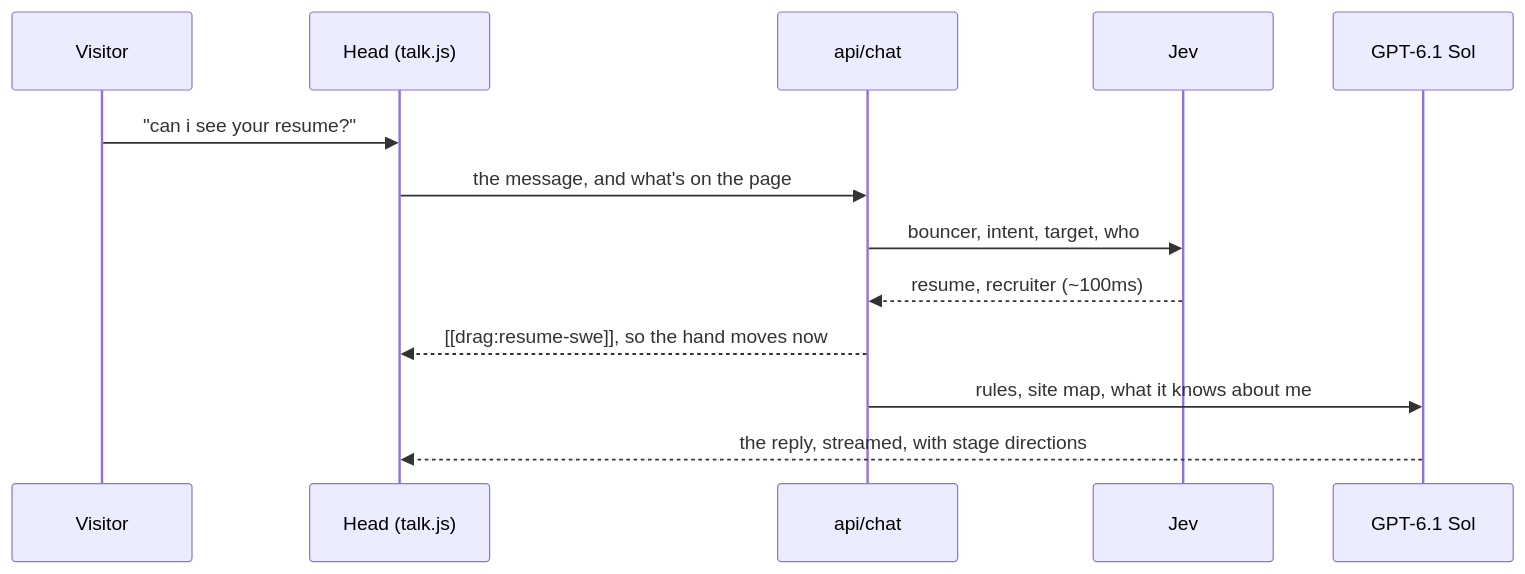
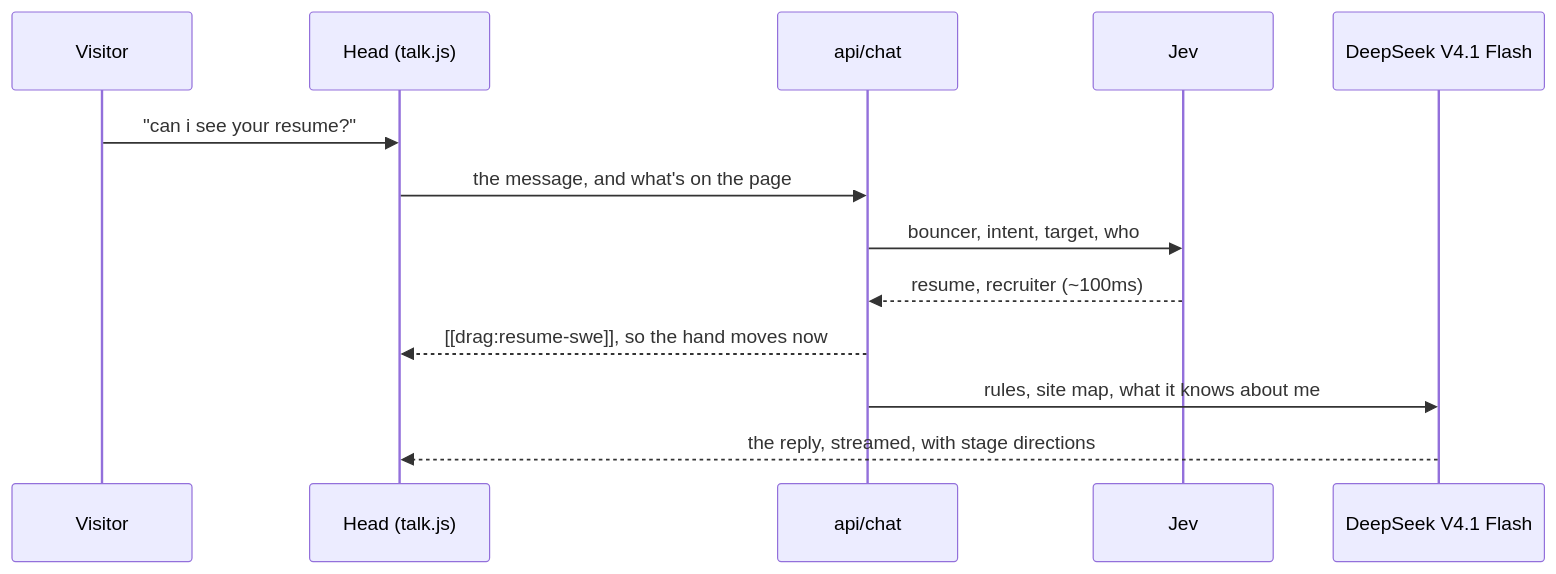
The diagram in README.md (dahan8473/dahan8473.github.io), drawn with Mermaid before and after one commit. The commit also changed other lines of this file and 3 other files, not shown here.

Commit message:
brain: DeepSeek V4.1 Flash (reasoning off) with a Sol fallback, no-training hosts only; persona says it's wired into the second brain; tighter recall; README and demo updated

````diff
--- a/README.md
+++ b/README.md
@@ -51,15 +55,15 @@
 ```mermaid
 sequenceDiagram
   participant V as Visitor
   participant H as Head (talk.js)
   participant C as api/chat
   participant J as Jev
-  participant G as GPT-6.1 Sol
+  participant G as DeepSeek V4.1 Flash
   V->>H: "can i see your resume?"
   H->>C: the message, and what's on the page
   C->>J: bouncer, intent, target, who
   J-->>C: resume, recruiter (~100ms)
   C-->>H: [[drag:resume-swe]], so the hand moves now
   C->>G: rules, site map, what it knows about me
   G-->>H: the reply, streamed, with stage directions
 ```
````
